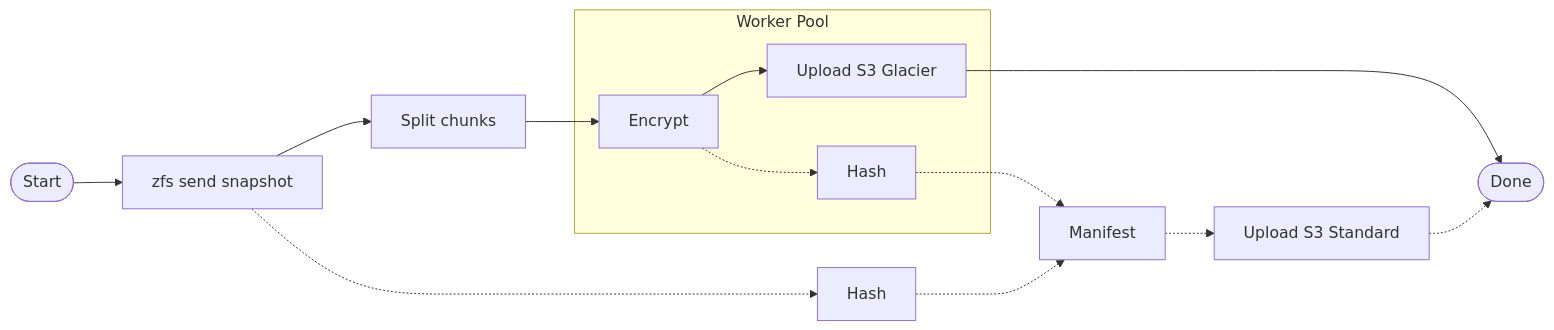
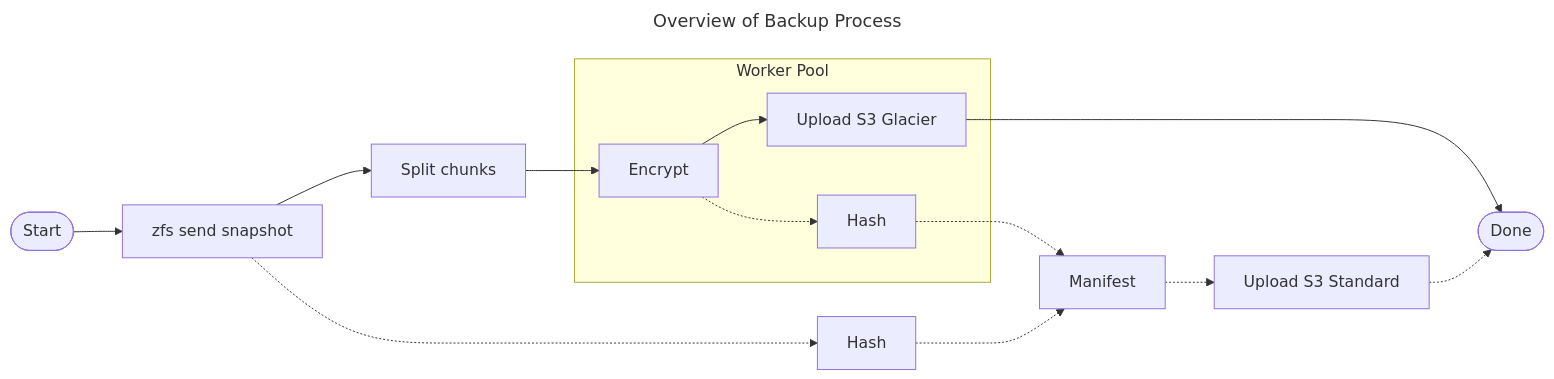
Before and after one commit to ziteh/zfs-remote-backup: the diagram in README.md, drawn with Mermaid. The commit also changed other lines of this file, not shown here.

````diff
--- a/README.md
+++ b/README.md
@@ -14,18 +12,21 @@
 ```mermaid
+---
+title: Overview of Backup Process
+---
 flowchart LR
     A([Start]) --> B[zfs send snapshot]
     B --> C[Split chunks]
     C --> D[Encrypt]
 
     subgraph W[Worker Pool]
         D --> E[Upload S3 Glacier]
         D -.-> d[Hash]
     end
 
     E --> F([Done])
     B -.-> b[Hash]
     b -.-> H[Manifest]
     H -.-> I[Upload S3 Standard]
     d -.-> H
     I -.-> F
 ```
````
